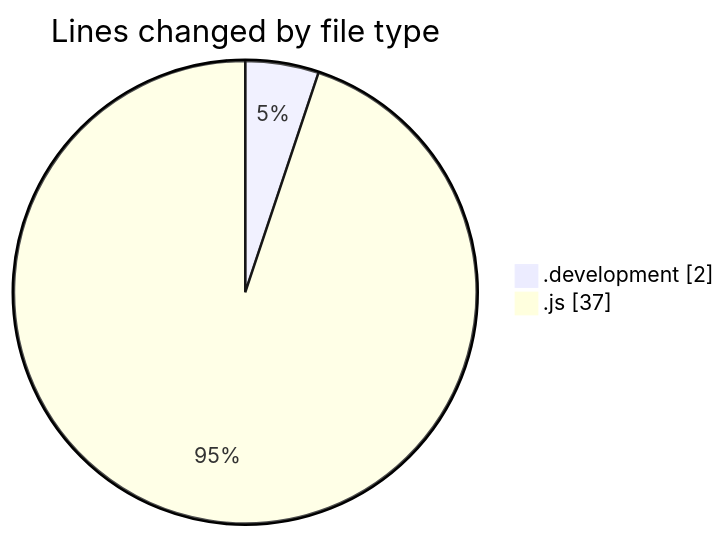
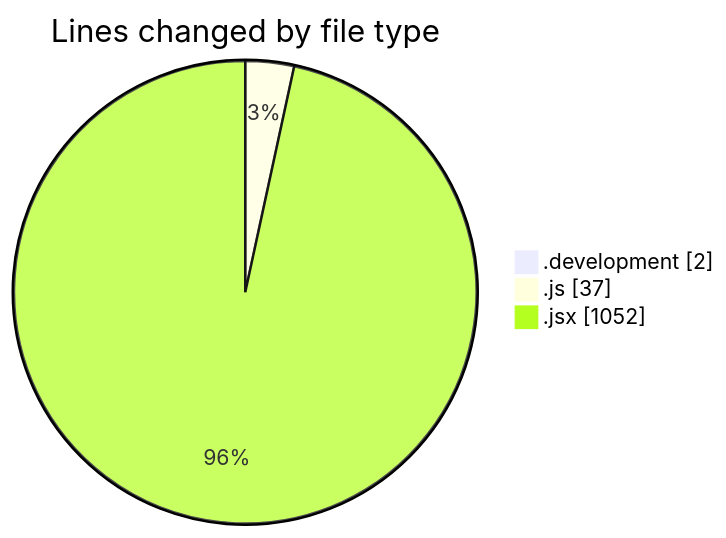
The first of 2 diagrams in 2025-11-10/nxtqube_webapp/README.md (nxtqubesakshisongat/code-tracking), drawn with Mermaid before and after one commit. The commit also changed other lines of this file and 1 other file, not shown here.

````diff
--- a/2025-11-10/nxtqube_webapp/README.md
+++ b/2025-11-10/nxtqube_webapp/README.md
@@ -21,6 +23,7 @@
 ```mermaid
 pie showData
 title Lines changed by file type
 ".development" : 2
 ".js" : 37
+".jsx" : 1052
 ```
````
